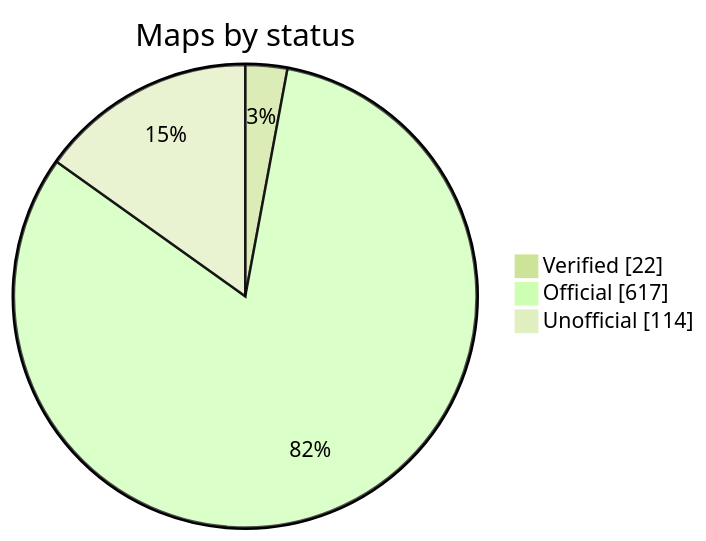
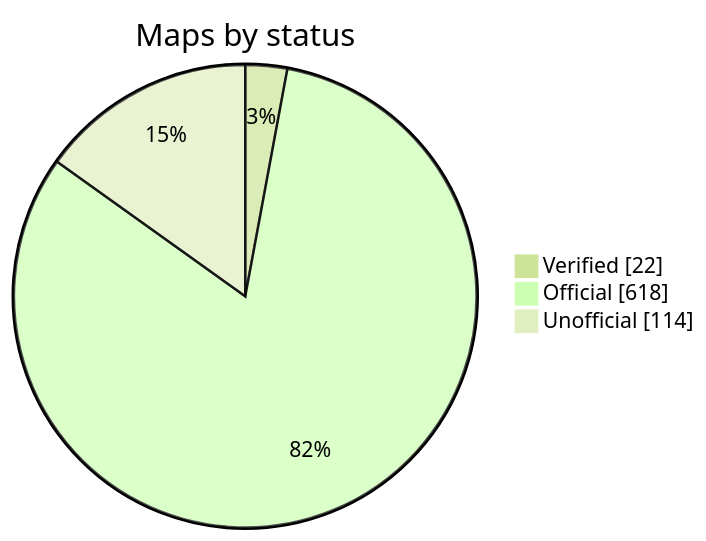
Before and after one commit to nobrega8/mbmap-library: the diagram in README.md, drawn with Mermaid (forest theme). The commit also changed 6 other files, not shown here.

````diff
--- a/README.md
+++ b/README.md
@@ -52,7 +52,7 @@
 ```mermaid
 pie showData
     title Maps by status
     "Verified" : 22
-    "Official" : 617
+    "Official" : 618
     "Unofficial" : 114
 ```
````
